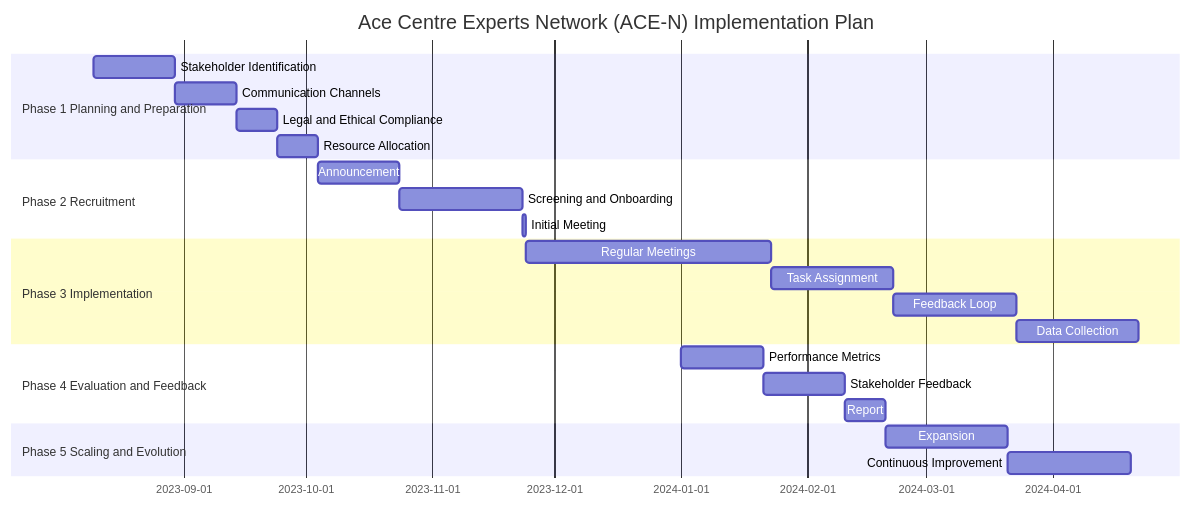
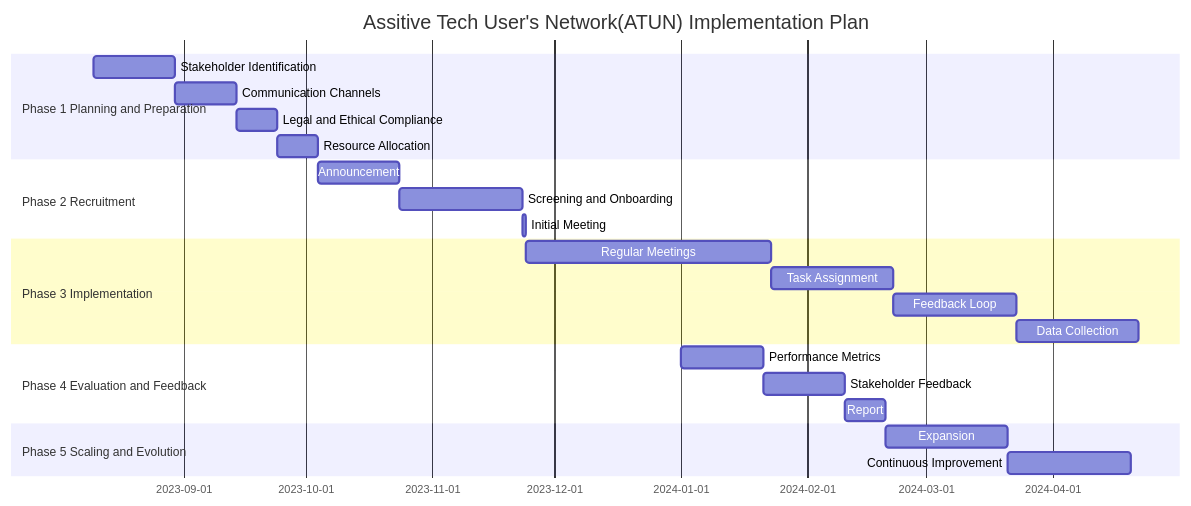
The diagram in ace-n-docs/roadmap/README.md (AceCentre/ResearchInnovationGp), drawn with Mermaid before and after one commit. The commit also changed other lines of this file and 5 other files, not shown here.

Commit message:
ACE-N to ATUN

````diff
--- a/ace-n-docs/roadmap/README.md
+++ b/ace-n-docs/roadmap/README.md
@@ -17,32 +17,32 @@
 ```mermaid
 gantt
     dateFormat  YYYY-MM-DD
-    title Ace Centre Experts Network (ACE-N) Implementation Plan
+    title Assitive Tech User's Network(ATUN) Implementation Plan
 
     section Phase 1 Planning and Preparation
 		Stakeholder Identification :a1, 2023-08-10, 20d
 		Communication Channels    :a2, after a1, 15d
 		Legal and Ethical Compliance :a3, after a2, 10d
 		Resource Allocation       :a4, after a3, 10d
 
     section Phase 2 Recruitment
 		Announcement              :b1, after a4, 20d
 		Screening and Onboarding  :b2, after b1, 30d
 		Initial Meeting           :b3, after b2, 1d
 
     section Phase 3 Implementation
 		Regular Meetings          :c1, after b3, 60d
 		Task Assignment           :c2, after c1, 30d
 		Feedback Loop             :c3, after c2, 30d
 		Data Collection           :c4, after c3, 30d
 
     section Phase 4 Evaluation and Feedback
 		Performance Metrics       :d1, 2024-01-01, 20d
 		Stakeholder Feedback      :d2, after d1, 20d
 		Report                    :d3, after d2, 10d
 
     section Phase 5 Scaling and Evolution
 		Expansion                 :e1, after d3, 30d
 		Continuous Improvement    :e2, after e1, 30d
 
 ```
````
